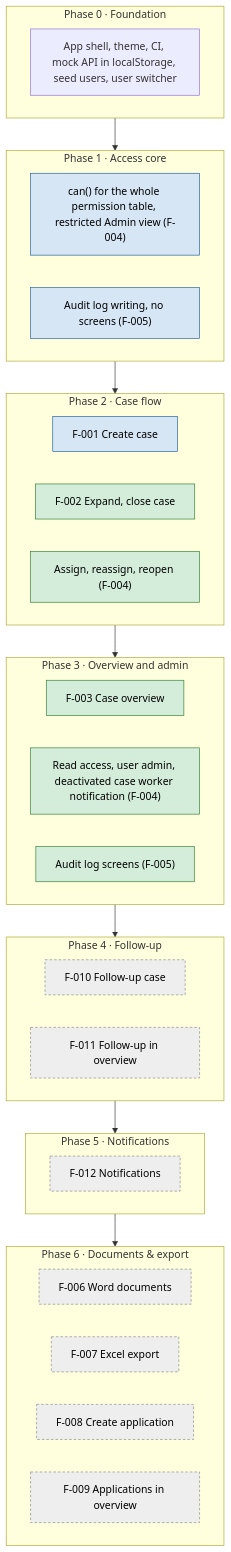
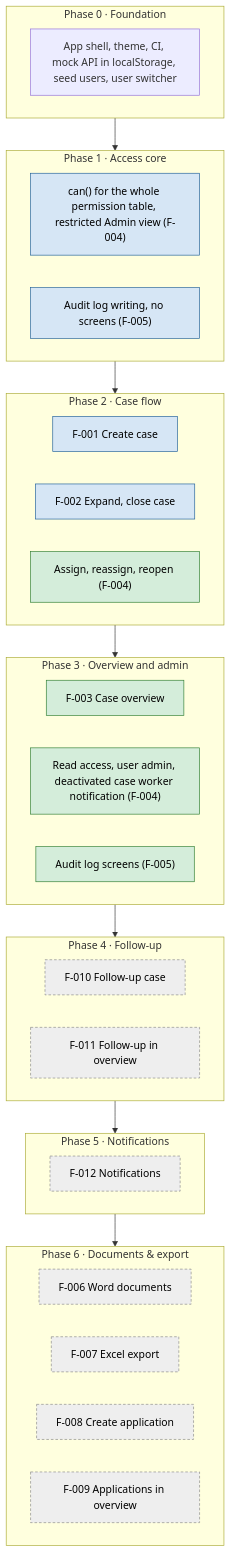
The first of 2 diagrams in docs/roadmap.md (TLS97/tines-case-management-system), drawn with Mermaid before and after one commit. The commit also changed other lines of this file and 28 other files, not shown here.

````diff
--- a/docs/roadmap.md
+++ b/docs/roadmap.md
@@ -10,41 +10,41 @@
 ```mermaid
 flowchart TD
   subgraph P0["Phase 0 · Foundation"]
     F0[App shell, theme, CI, mock API in localStorage, seed users, user switcher]
   end
   subgraph P1["Phase 1 · Access core"]
     P1a["can() for the whole permission table, restricted Admin view (F-004)"]
     P1b["Audit log writing, no screens (F-005)"]
   end
   subgraph P2["Phase 2 · Case flow"]
     F001[F-001 Create case]
     F002["F-002 Expand, close case"]
     P2a["Assign, reassign, reopen (F-004)"]
   end
   subgraph P3["Phase 3 · Overview and admin"]
     F003[F-003 Case overview]
     P3a["Read access, user admin, deactivated case worker notification (F-004)"]
     P3b["Audit log screens (F-005)"]
   end
   subgraph P4["Phase 4 · Follow-up"]
     F010[F-010 Follow-up case]
     F011[F-011 Follow-up in overview]
   end
   subgraph P5["Phase 5 · Notifications"]
     F012[F-012 Notifications]
   end
   subgraph P6["Phase 6 · Documents & export"]
     F006[F-006 Word documents]
     F007[F-007 Excel export]
     F008[F-008 Create application]
     F009[F-009 Applications in overview]
   end
   P0 --> P1 --> P2 --> P3 --> P4 --> P5 --> P6
 
   classDef approved fill:#d4edda,stroke:#2e7d32,color:#000
   classDef draft fill:#eeeeee,stroke:#888,stroke-dasharray:4 3,color:#000
   classDef inprogress fill:#d6e6f5,stroke:#1f5f99,color:#000
-  class F002,P2a,F003,P3a,P3b approved
-  class P1a,P1b,F001 inprogress
+  class P2a,F003,P3a,P3b approved
+  class P1a,P1b,F001,F002 inprogress
   class F006,F007,F008,F009,F010,F011,F012 draft
 ```
````
